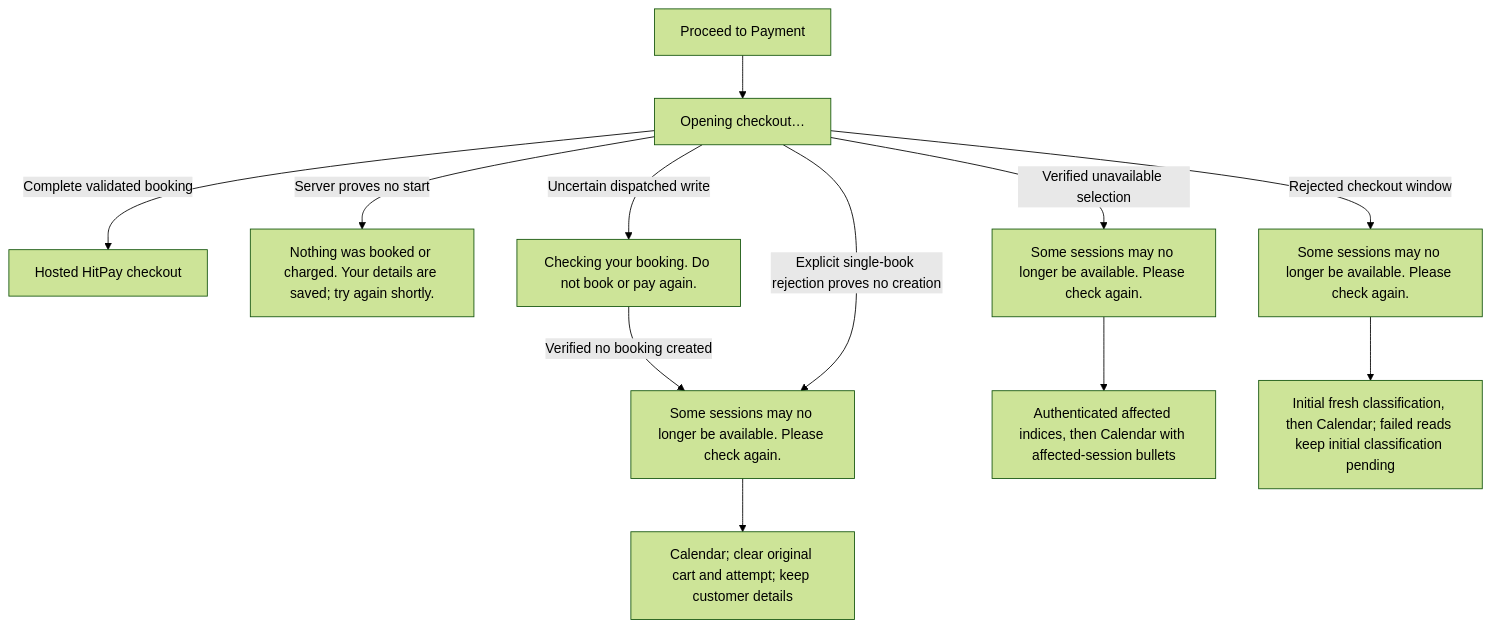
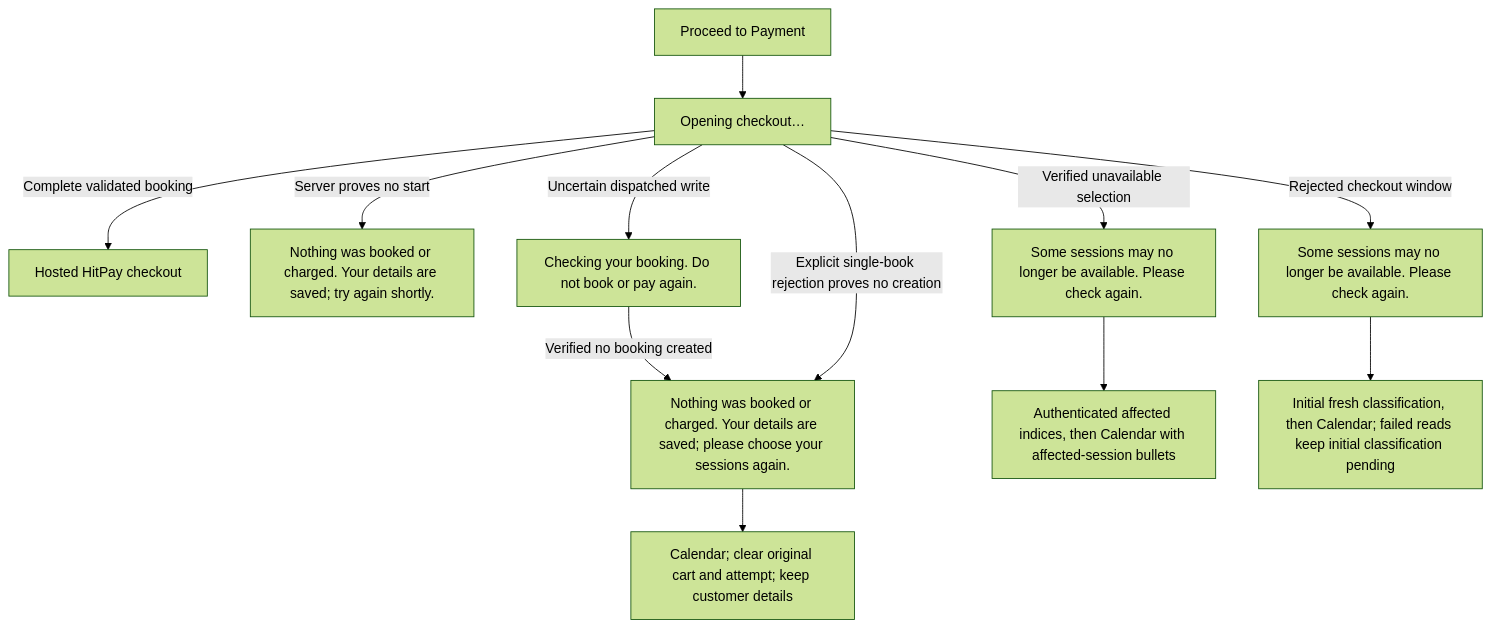
The sixth of 19 diagrams in docs/booking-flows.md (soccerbotstudiosg/soccerbotstudioSG), drawn with Mermaid (forest theme) before and after one commit. The commit also changed other lines of this file and 58 other files, not shown here.

````diff
--- a/docs/booking-flows.md
+++ b/docs/booking-flows.md
@@ -138,14 +138,14 @@
 ```mermaid
 flowchart TD
   A["Proceed to Payment"] --> B["Opening checkout…"]
   B -->|Complete validated booking| C["Hosted HitPay checkout"]
   B -->|Server proves no start| D["Nothing was booked or charged. Your details are saved; try again shortly."]
   B -->|Uncertain dispatched write| E["Checking your booking. Do not book or pay again."]
-  E -->|Verified no booking created| J["Some sessions may no longer be available. Please check again."]
+  E -->|Verified no booking created| J["Nothing was booked or charged. Your details are saved; please choose your sessions again."]
   B -->|Explicit single-book rejection proves no creation| J
   J --> K["Calendar; clear original cart and attempt; keep customer details"]
   B -->|Verified unavailable selection| F["Some sessions may no longer be available. Please check again."]
   F --> G["Authenticated affected indices, then Calendar with affected-session bullets"]
   B -->|Rejected checkout window| H["Some sessions may no longer be available. Please check again."]
   H --> I["Initial fresh classification, then Calendar; failed reads keep initial classification pending"]
 ```
````
